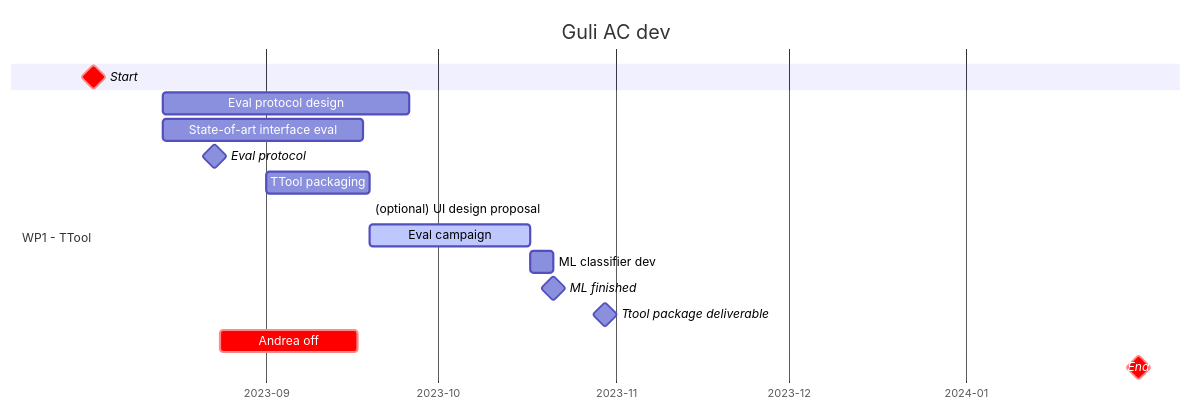
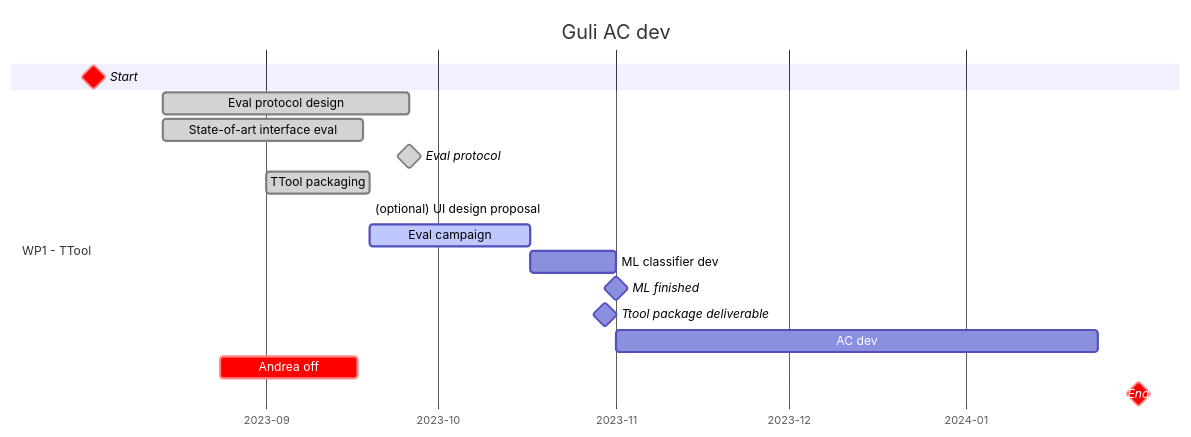
The second of 2 diagrams in README.md (ibois-epfl/augmented-carpentry), drawn with Mermaid before and after one commit.

Commit message:
UPDATE: updated planning for semester fall 2023

````diff
--- a/README.md
+++ b/README.md
@@ -42,27 +42,28 @@
 ```mermaid
 gantt
     dateFormat  YYYY-MM-DD
     title       Guli AC dev
     axisFormat %Y-%m
 
     Start                                                     :milestone, crit, strt, 2023-08-02, 0d
 
     section WP1 - TTool
-    Eval protocol design                                      :cmkprj, 2023-08-14, 6.2w
-    State-of-art interface eval                               :ref, 2023-08-14, 5w
-    Eval protocol                                             :milestone, milttol, 2023-08-23, 0d
+    Eval protocol design                                      :done, cmkprj, 2023-08-14, 6.2w
+    State-of-art interface eval                               :done, ref, 2023-08-14, 5w
+    Eval protocol                                             :done, milestone, milttol, 2023-09-26, 0d
     
-    TTool packaging                                           :packcont, 2023-09-01, 2.5w
+    TTool packaging                                           :done, packcont, 2023-09-01, 2.5w
 
 
     (optional) UI design proposal                             :uidesign, after packcont, 0d
     Eval campaign                                             :active, eval, after uidesign, 4w
-    ML classifier dev                                         :mlclass, after eval, 4d
+    ML classifier dev                                         :mlclass, after eval, 15d
     ML finished                                               :milestone, mlclasmil, after mlclass, 0d
     Ttool package deliverable                                 :milestone, del1, 2023-10-30, 0d
-
+    
+    AC dev                                                    :acdev, after mlclasmil, 12w
 
     Andrea off                                                :crit, 2023-08-24, 2023-09-17
 
     End                                                       :milestone, crit, ender, 2024-01-31, 0d
 ```
````
